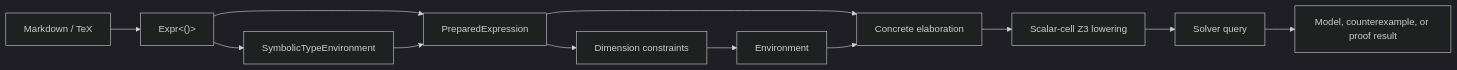
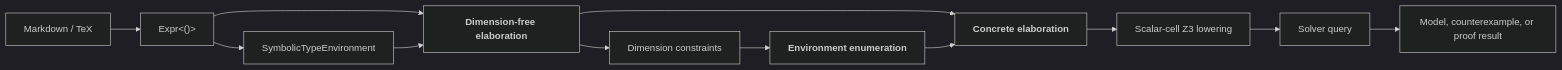
One commit to petervdonovan/10-2-26-presentation changed the diagram in slides.md. Above: the diagram before and after it, drawn with Mermaid (dark theme). The commit also changed other lines of this file and 6 other files, not shown here.

````diff
--- a/slides.md
+++ b/slides.md
@@ -182,14 +356,14 @@
 ```mermaid
 flowchart LR
     MD[Markdown / TeX] --> AST["Expr&lt;()&gt;"]
     AST --> STE[SymbolicTypeEnvironment]
-    AST --> PREP[PreparedExpression]
+    AST --> PREP["<b>Dimension-free elaboration<b>"]
     STE --> PREP
     PREP --> DIM[Dimension constraints]
-    DIM --> ENV[Environment]
-    PREP --> ELAB[Concrete elaboration]
+    DIM --> ENV["<b>Environment enumeration<b>"]
+    PREP --> ELAB["<b>Concrete elaboration<b>"]
     ENV --> ELAB
     ELAB --> Z3[Scalar-cell Z3 lowering]
     Z3 --> SOLVE[Solver query]
     SOLVE --> RESULT[Model, counterexample, or proof result]
 ```
````
